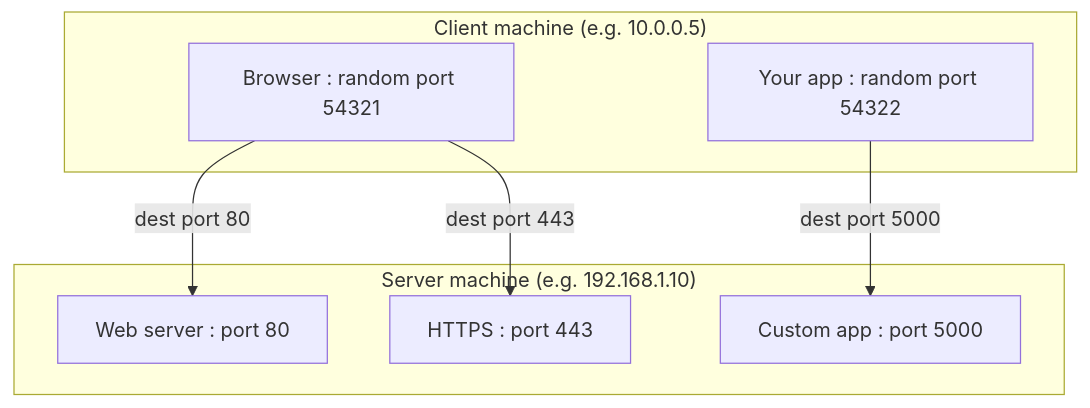
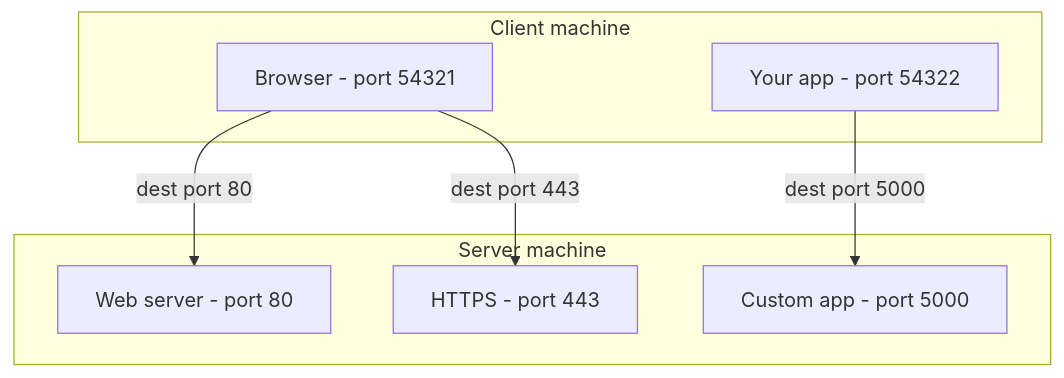
One commit to sridharpolepalli/dotnet-learn changed the first of 19 diagrams in ASP.NET-Core-Network-HTTP-Guide.md. Above: the diagram before and after it, drawn with Mermaid. The commit also changed other lines of this file and 1 other file, not shown here.

Commit message:
fixing the mermaid issues

````diff
--- a/ASP.NET-Core-Network-HTTP-Guide.md
+++ b/ASP.NET-Core-Network-HTTP-Guide.md
@@ -77,17 +77,17 @@
 ```mermaid
 flowchart TB
-    subgraph Client["Client machine (e.g. 10.0.0.5)"]
-        Browser[Browser : random port 54321]
-        App[Your app : random port 54322]
+    subgraph Client["Client machine"]
+        Browser["Browser - port 54321"]
+        App["Your app - port 54322"]
     end
 
-    subgraph Server["Server machine (e.g. 192.168.1.10)"]
-        Web[Web server : port 80]
-        HTTPS[HTTPS : port 443]
-        Custom[Custom app : port 5000]
+    subgraph Server["Server machine"]
+        Web["Web server - port 80"]
+        HTTPS["HTTPS - port 443"]
+        Custom["Custom app - port 5000"]
     end
 
     Browser -->|"dest port 80"| Web
     Browser -->|"dest port 443"| HTTPS
     App -->|"dest port 5000"| Custom
 ```
````
